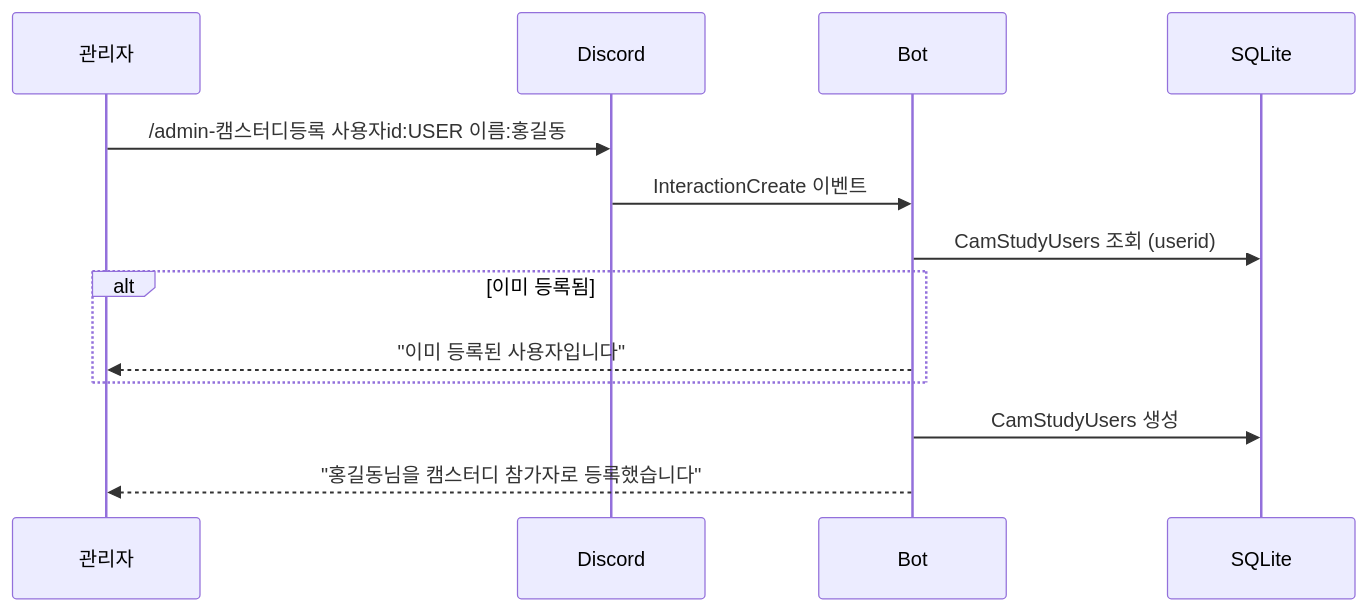
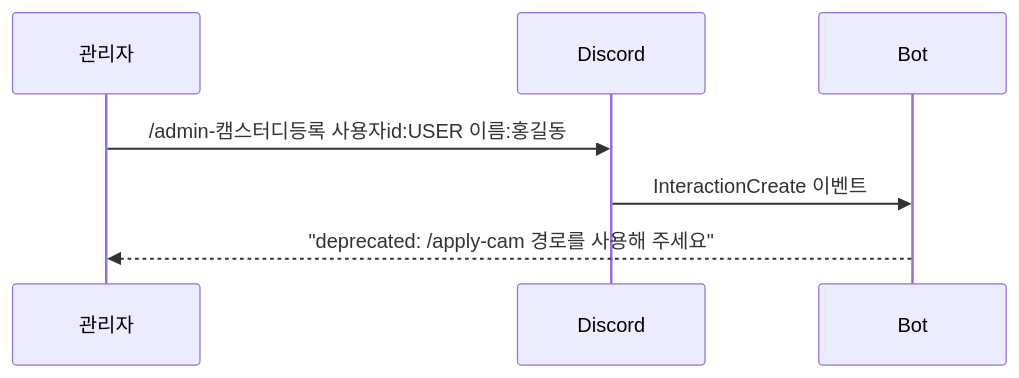
One commit to honki12345/haruharu-discord-bot changed the tenth of 16 diagrams in docs/USER_STORIES.md. Above: the diagram before and after it, drawn with Mermaid. The commit also changed other lines of this file and 22 other files, not shown here.

````diff
--- a/docs/USER_STORIES.md
+++ b/docs/USER_STORIES.md
@@ -429,19 +421,10 @@
 ```mermaid
 sequenceDiagram
     participant A as 관리자
     participant D as Discord
     participant B as Bot
-    participant DB as SQLite
 
     A->>D: /admin-캠스터디등록 사용자id:USER 이름:홍길동
-
     D->>B: InteractionCreate 이벤트
-
-    B->>DB: CamStudyUsers 조회 (userid)
-    alt 이미 등록됨
-        B-->>A: "이미 등록된 사용자입니다"
-    end
-
-    B->>DB: CamStudyUsers 생성
-    B-->>A: "홍길동님을 캠스터디 참가자로 등록했습니다"
+    B-->>A: "deprecated: /apply-cam 경로를 사용해 주세요"
 ```
````
